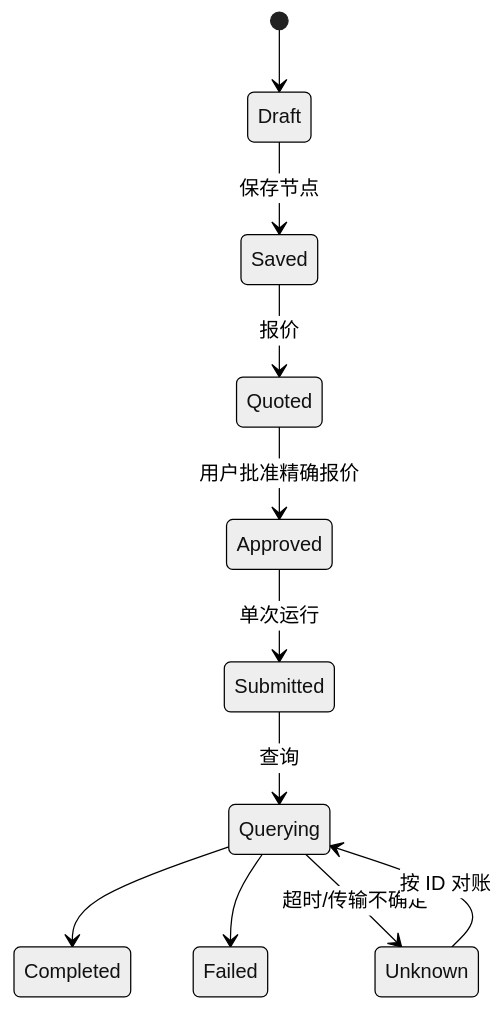
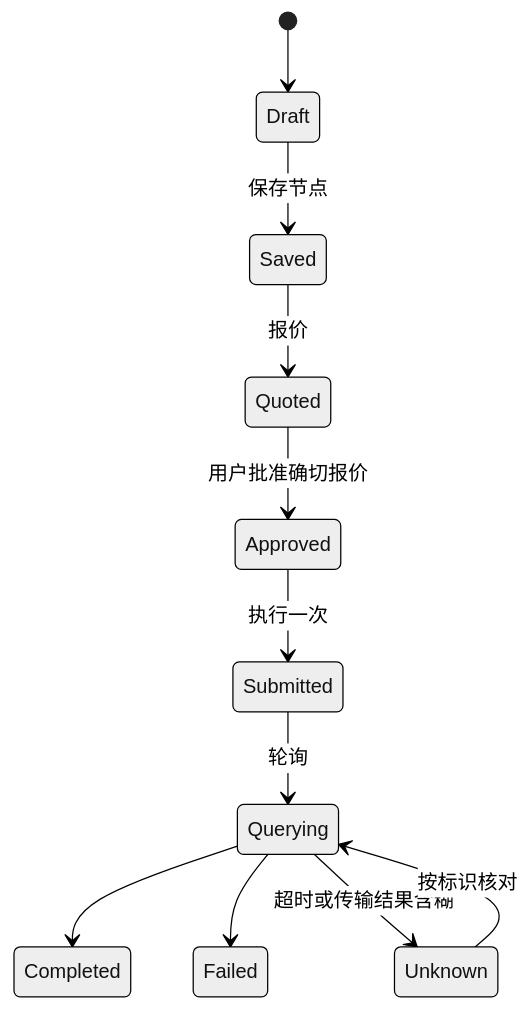
One commit to full-aigc-plugins/dreamina-canvas-plugin changed the third of 3 diagrams in docs/Codex-Dreamina-Canvas-Plugin-Architecture.zh_CN.md. Above: the diagram before and after it, drawn with Mermaid (neutral theme). The commit also changed other lines of this file and 3 other files, not shown here.

First line of the commit message:
docs: rewrite the architecture and solution pairs to the doc standard

````diff
--- a/docs/Codex-Dreamina-Canvas-Plugin-Architecture.zh_CN.md
+++ b/docs/Codex-Dreamina-Canvas-Plugin-Architecture.zh_CN.md
@@ -32,13 +128,13 @@
 ```mermaid
 stateDiagram-v2
     [*] --> Draft
     Draft --> Saved: 保存节点
     Saved --> Quoted: 报价
-    Quoted --> Approved: 用户批准精确报价
-    Approved --> Submitted: 单次运行
-    Submitted --> Querying: 查询
+    Quoted --> Approved: 用户批准确切报价
+    Approved --> Submitted: 执行一次
+    Submitted --> Querying: 轮询
     Querying --> Completed
     Querying --> Failed
-    Querying --> Unknown: 超时/传输不确定
-    Unknown --> Querying: 按 ID 对账
+    Querying --> Unknown: 超时或传输结果含糊
+    Unknown --> Querying: 按标识核对
 ```
````
